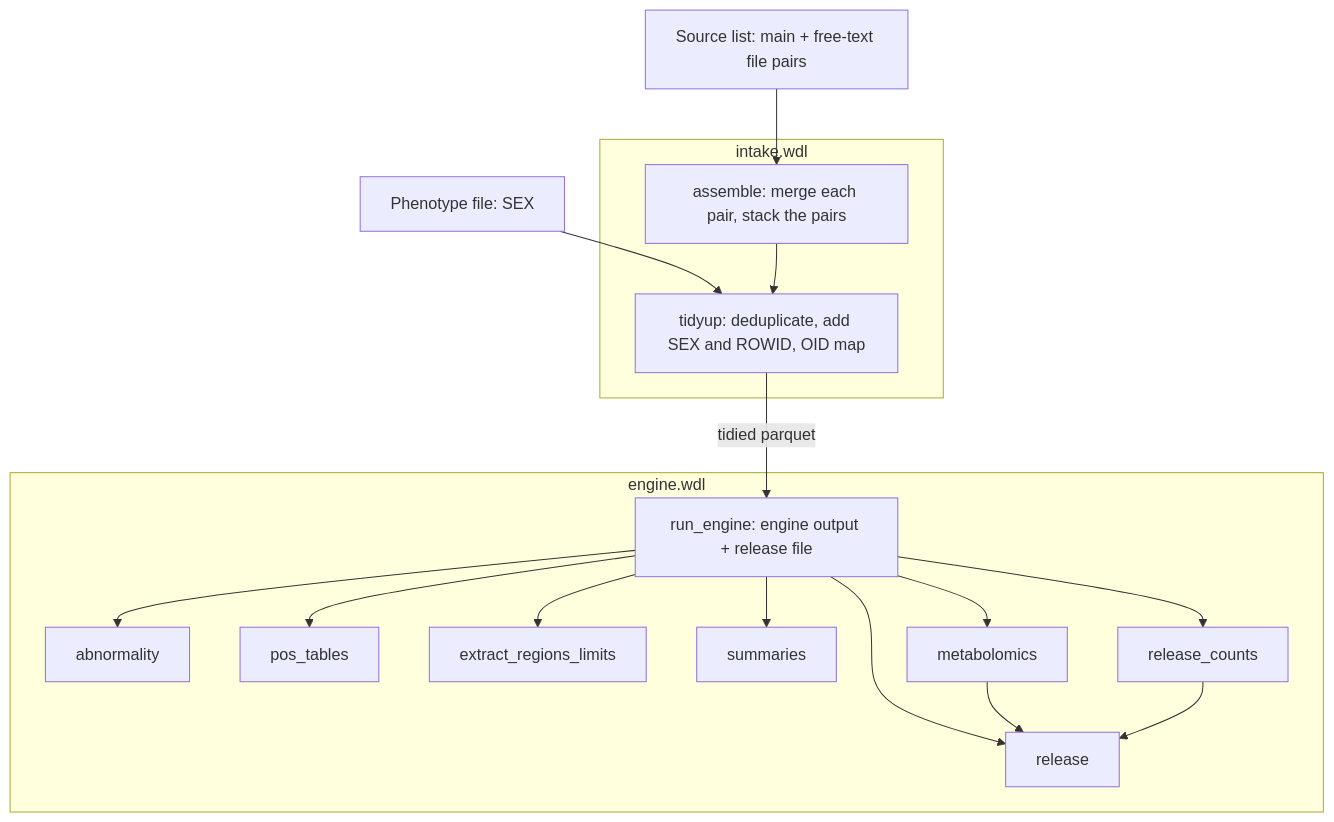
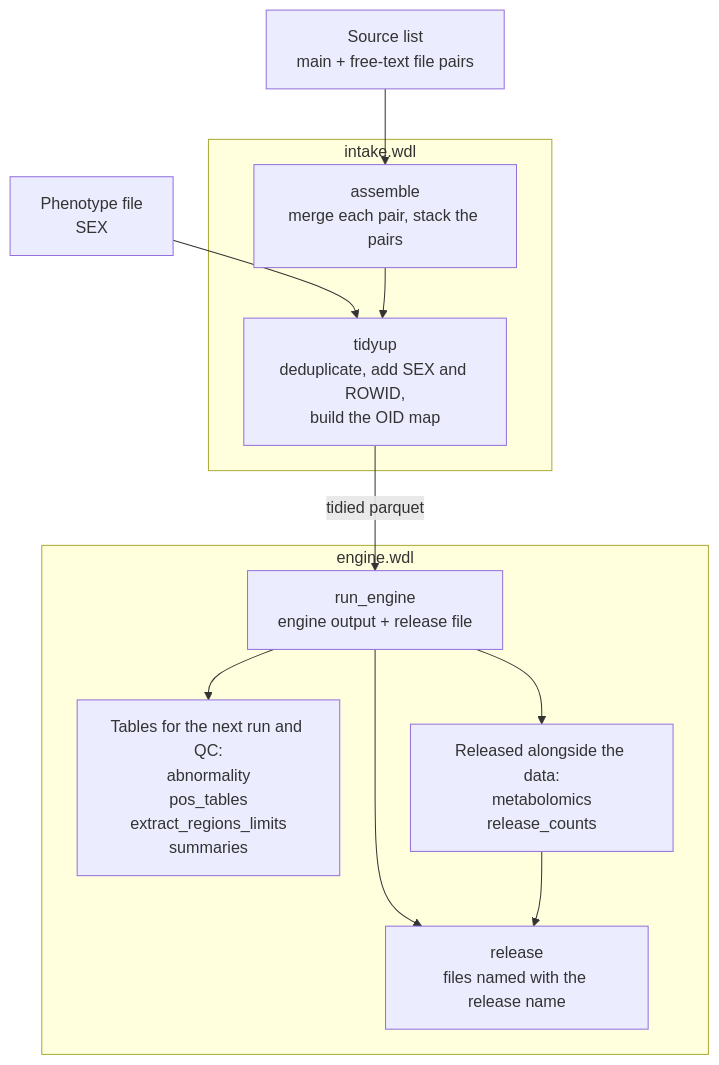
One commit to FINNGEN/kanta_lab_preprocessing changed the first of 2 diagrams in README.md. Above: the diagram before and after it, drawn with Mermaid. The commit also changed other lines of this file, not shown here.

Commit message:
improved readme

````diff
--- a/README.md
+++ b/README.md
@@ -97,21 +97,16 @@
 ```mermaid
 flowchart TD
-  src["Source list: main + free-text file pairs"] --> assemble
-  pheno["Phenotype file: SEX"] --> tidyup
+  src["Source list<br/>main + free-text file pairs"] --> assemble
+  pheno["Phenotype file<br/>SEX"] --> tidyup
   subgraph intake["intake.wdl"]
-    assemble["assemble: merge each pair, stack the pairs"] --> tidyup["tidyup: deduplicate, add SEX and ROWID, OID map"]
+    assemble["assemble<br/>merge each pair, stack the pairs"] --> tidyup["tidyup<br/>deduplicate, add SEX and ROWID,<br/>build the OID map"]
   end
   tidyup -->|tidied parquet| run_engine
   subgraph engine["engine.wdl"]
-    run_engine["run_engine: engine output + release file"]
-    run_engine --> abnormality["abnormality"]
-    run_engine --> pos_tables["pos_tables"]
-    run_engine --> extract_regions_limits["extract_regions_limits"]
-    run_engine --> summaries["summaries"]
-    run_engine --> metabolomics["metabolomics"]
-    run_engine --> release_counts["release_counts"]
-    run_engine --> release["release"]
-    metabolomics --> release
-    release_counts --> release
+    run_engine["run_engine<br/>engine output + release file"]
+    run_engine --> tables["Tables for the next run and QC:<br/>abnormality<br/>pos_tables<br/>extract_regions_limits<br/>summaries"]
+    run_engine --> extra["Released alongside the data:<br/>metabolomics<br/>release_counts"]
+    run_engine --> release["release<br/>files named with the release name"]
+    extra --> release
   end
 ```
````
